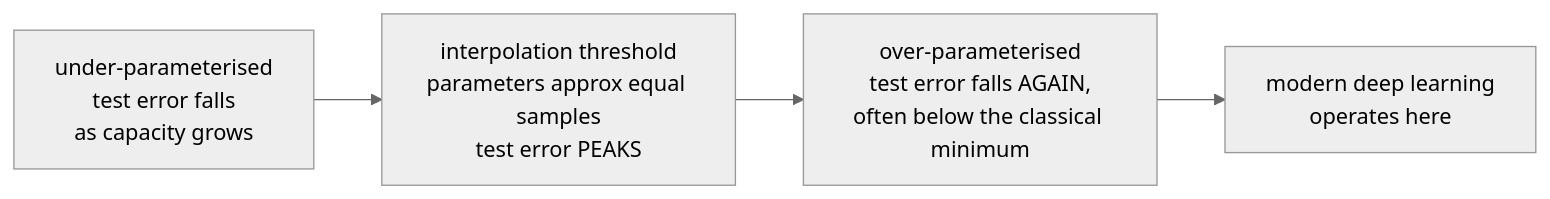
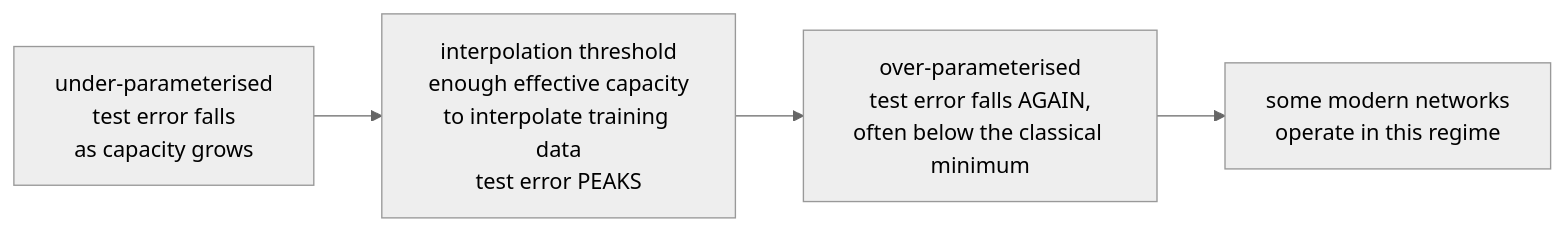
Before and after one commit to alliedbrother/ml-interview-notes: the third of 3 diagrams in content/notes/ml/bias-variance-and-generalization.md, drawn with Mermaid (neutral theme). The commit also changed other lines of this file and 217 other files, not shown here.

````diff
--- a/content/notes/ml/bias-variance-and-generalization.md
+++ b/content/notes/ml/bias-variance-and-generalization.md
@@ -187,6 +173,6 @@
 ```mermaid
 flowchart LR
-    A["under-parameterised<br/>test error falls<br/>as capacity grows"] --> B["interpolation threshold<br/>parameters approx equal samples<br/>test error PEAKS"]
+    A["under-parameterised<br/>test error falls<br/>as capacity grows"] --> B["interpolation threshold<br/>enough effective capacity<br/>to interpolate training data<br/>test error PEAKS"]
     B --> C["over-parameterised<br/>test error falls AGAIN,<br/>often below the classical minimum"]
-    C --> D["modern deep learning<br/>operates here"]
+    C --> D["some modern networks<br/>operate in this regime"]
 ```
````
